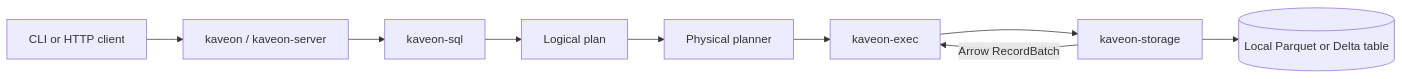
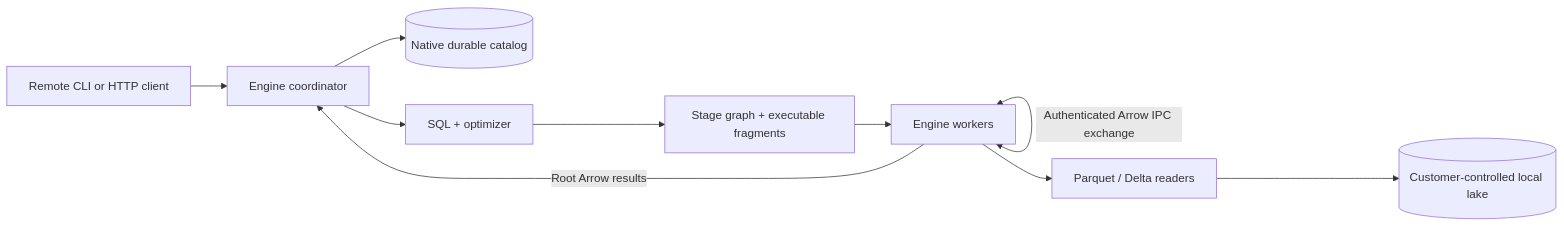
Before and after one commit to PruthviProdduturi/Kaveon: the second of 4 diagrams in ARCHITECTURE.md, drawn with Mermaid. The commit also changed other lines of this file and 19 other files, not shown here.

First line of the commit message:
feat: publish distributed Engine architecture

````diff
--- a/ARCHITECTURE.md
+++ b/ARCHITECTURE.md
@@ -56,11 +56,12 @@
 ```mermaid
 flowchart LR
-    Client[CLI or HTTP client] --> Entry[kaveon / kaveon-server]
-    Entry --> Parser[kaveon-sql]
-    Parser --> Plan[Logical plan]
-    Plan --> Physical[Physical planner]
-    Physical --> Ops[kaveon-exec]
-    Ops --> Reader[kaveon-storage]
-    Reader --> Local[(Local Parquet or Delta table)]
-    Reader -->|Arrow RecordBatch| Ops
+    Client[Remote CLI or HTTP client] --> Coordinator[Engine coordinator]
+    Coordinator --> Catalog[(Native durable catalog)]
+    Coordinator --> Parser[SQL + optimizer]
+    Parser --> Graph[Stage graph + executable fragments]
+    Graph --> Workers[Engine workers]
+    Workers <-->|Authenticated Arrow IPC exchange| Workers
+    Workers --> Reader[Parquet / Delta readers]
+    Reader --> Local[(Customer-controlled local lake)]
+    Workers -->|Root Arrow results| Coordinator
 ```
````
